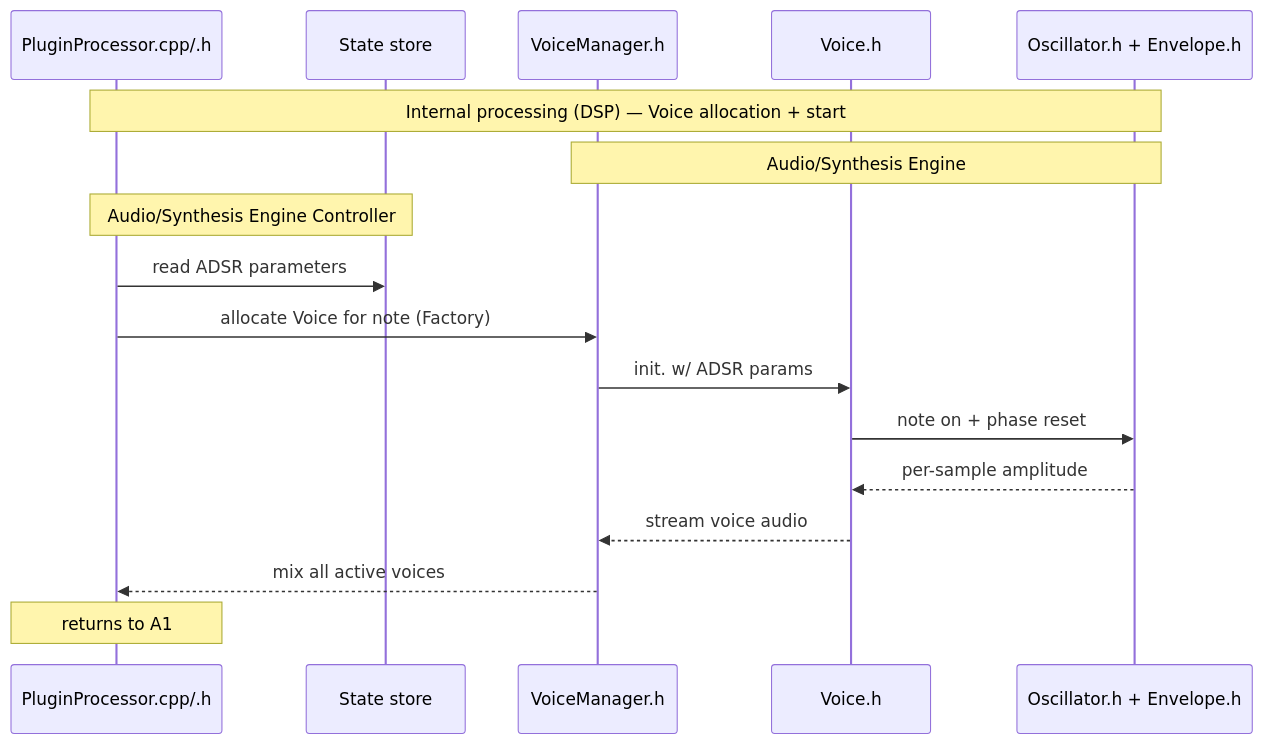
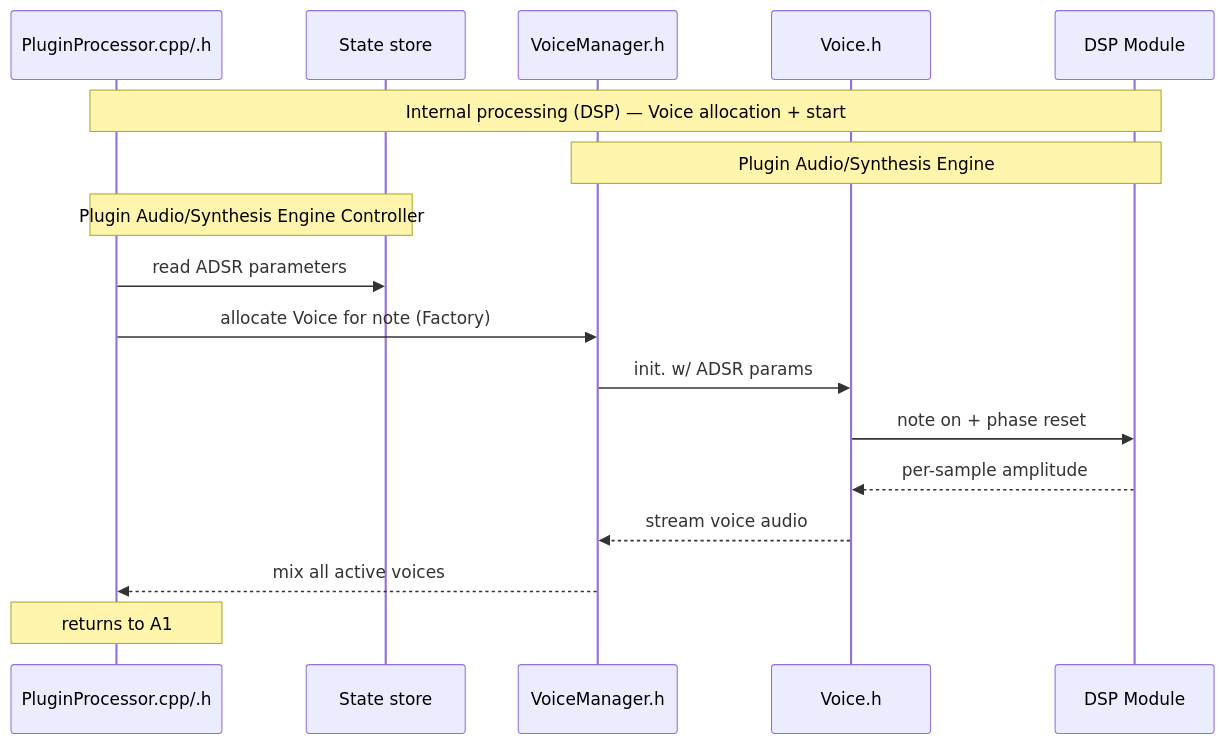
The fifth of 19 diagrams in docs/architecture.md (TYLERSFOSTER/MIDIControl001), drawn with Mermaid before and after one commit. The commit also changed other lines of this file and 3 other files, not shown here.

Commit message:
work on architecture.md

````diff
--- a/docs/architecture.md
+++ b/docs/architecture.md
@@ -90,20 +205,20 @@
 ```mermaid
 sequenceDiagram
 participant PluginProcessor as PluginProcessor.cpp/.h
 participant ValueTree as State store
 participant VoiceManager as VoiceManager.h
 participant Voice as Voice.h
-participant DSP as Oscillator.h + Envelope.h
+participant DSP as DSP Module
 
 Note over PluginProcessor,DSP: Internal processing (DSP) — Voice allocation + start
-Note over VoiceManager,DSP: Audio/Synthesis Engine
-Note over PluginProcessor,ValueTree: Audio/Synthesis Engine Controller
+Note over VoiceManager,DSP: Plugin Audio/Synthesis Engine
+Note over PluginProcessor,ValueTree: Plugin Audio/Synthesis Engine Controller
 PluginProcessor->>ValueTree: read ADSR parameters
 PluginProcessor->>VoiceManager: allocate Voice for note (Factory)
 VoiceManager->>Voice: init. w/ ADSR params
 Voice->>DSP: note on + phase reset
 DSP-->>Voice: per-sample amplitude
 Voice-->>VoiceManager: stream voice audio
 VoiceManager-->>PluginProcessor: mix all active voices
 Note over PluginProcessor: returns to A1
 ```
````
